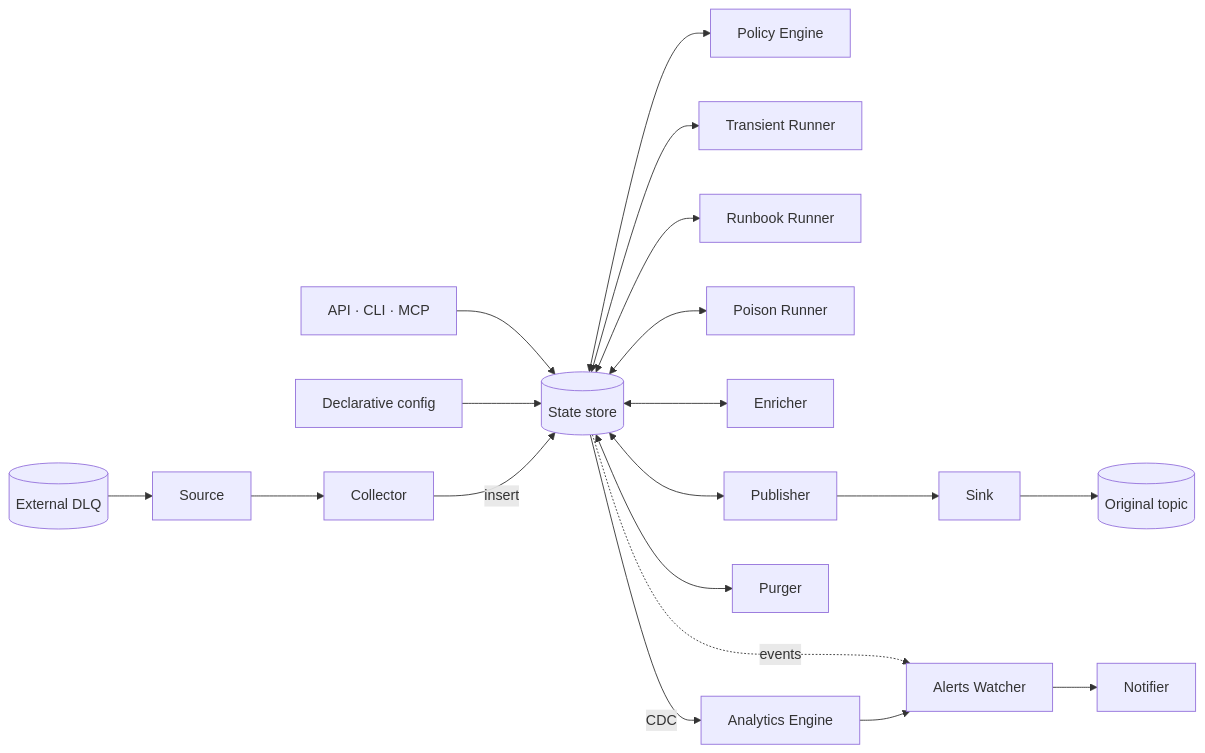
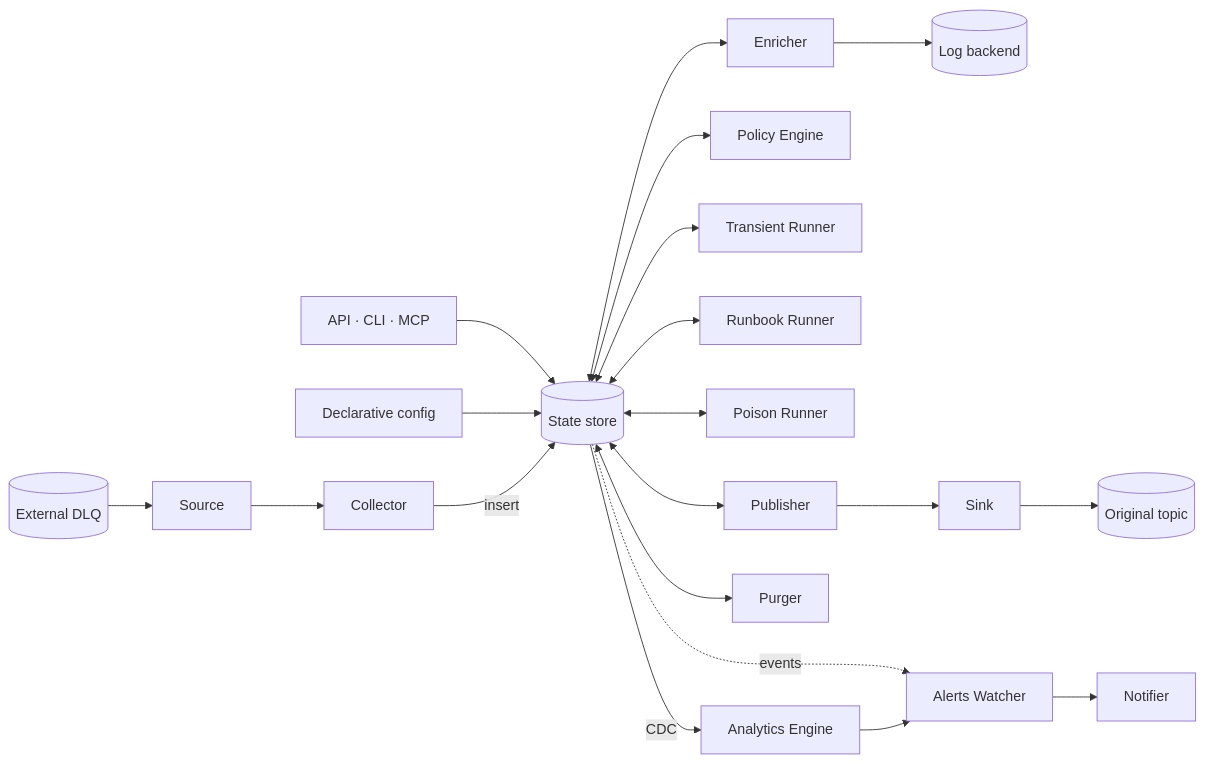
The first of 2 diagrams in docs/architecture.md (opendlq/OpenDLQ), drawn with Mermaid before and after one commit. The commit also changed other lines of this file and 2 other files, not shown here.

First line of the commit message:
docs: add enriched state and enricher-first flow

````diff
--- a/docs/architecture.md
+++ b/docs/architecture.md
@@ -5,21 +5,22 @@
 ```mermaid
 flowchart LR
     DLQ[(External DLQ)] --> Source
     Source --> Collector
     CLI[API · CLI · MCP] --> Store
     CFG[Declarative config] --> Store
     Collector -->|insert| Store[(State store)]
+    Store <--> Enricher
+    Enricher --> Logs[(Log backend)]
     Store <--> Policy[Policy Engine]
     Store <--> Transient[Transient Runner]
     Store <--> Runbook[Runbook Runner]
     Store <--> Poison[Poison Runner]
-    Store <--> Enricher
     Store <--> Publisher
     Store <--> Purger
     Publisher --> Sink
     Sink --> Topic[(Original topic)]
     Store -->|CDC| Analytics[Analytics Engine]
     Store -. events .-> Alerts[Alerts Watcher]
     Analytics --> Alerts
     Alerts --> Notifier
 ```
````
